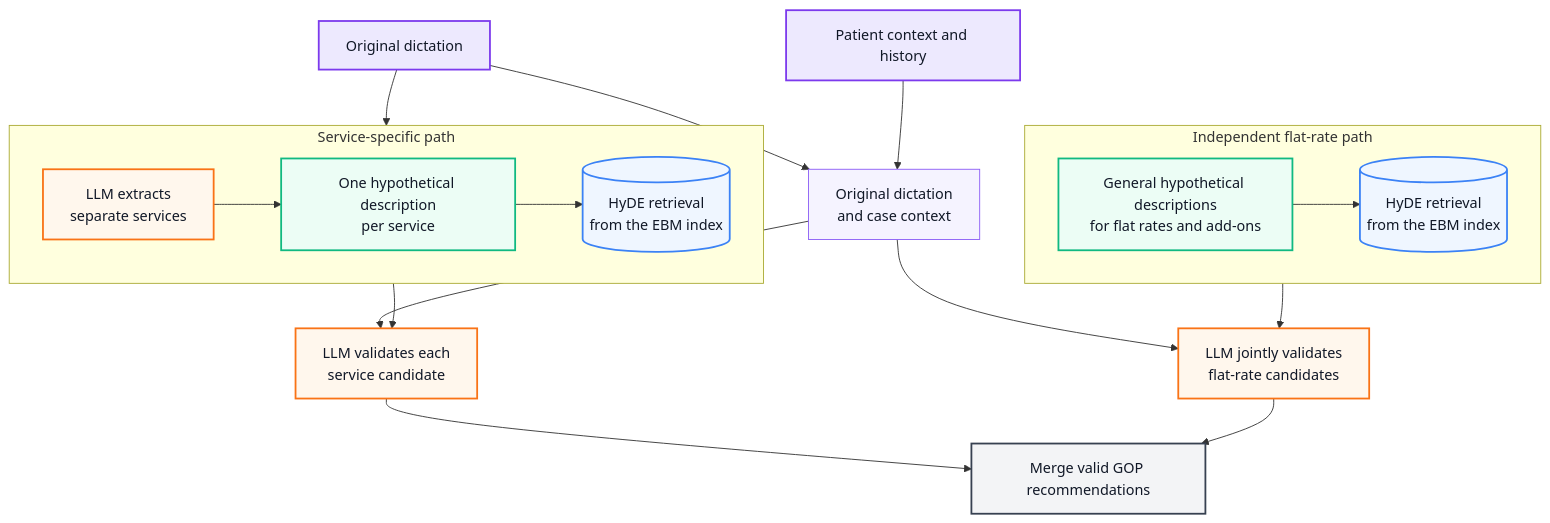
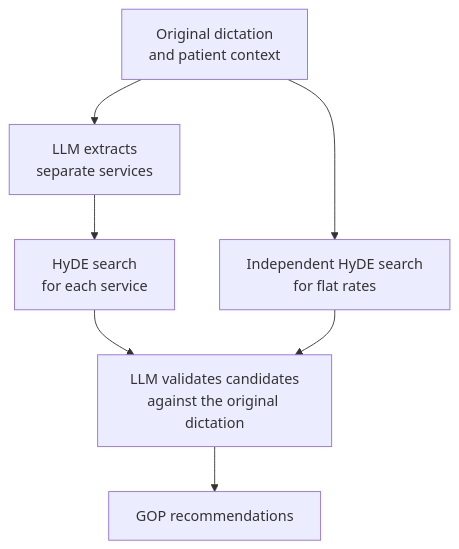
One commit to julian-br/GOPilot changed the diagram in README.md. Above: the diagram before and after it, drawn with Mermaid.

Commit message:
Simplify workflow diagram

````diff
--- a/README.md
+++ b/README.md
@@ -59,37 +59,9 @@
 ```mermaid
 flowchart TD
-    A["Original dictation"]:::source
-    H["Patient context and history"]:::source
-
-    subgraph SERVICE["Service-specific path"]
-        direction LR
-        B["LLM extracts<br/>separate services"]:::llm
-        C["One hypothetical description<br/>per service"]:::hyde
-        D[("HyDE retrieval<br/>from the EBM index")]:::retrieval
-        B --> C --> D
-    end
-
-    subgraph FLAT["Independent flat-rate path"]
-        direction LR
-        E["General hypothetical descriptions<br/>for flat rates and add-ons"]:::hyde
-        F[("HyDE retrieval<br/>from the EBM index")]:::retrieval
-        E --> F
-    end
-
-    A --> B
-    A --> V["Original dictation<br/>and case context"]:::context
-    H --> V
-    D --> G["LLM validates each<br/>service candidate"]:::llm
-    F --> I["LLM jointly validates<br/>flat-rate candidates"]:::llm
-    V --> G
-    V --> I
-    G --> J["Merge valid GOP recommendations"]:::result
-    I --> J
-
-    classDef source fill:#ede9fe,stroke:#7c3aed,color:#111827,stroke-width:2px
-    classDef context fill:#f5f3ff,stroke:#8b5cf6,color:#111827
-    classDef llm fill:#fff7ed,stroke:#f97316,color:#111827,stroke-width:2px
-    classDef hyde fill:#ecfdf5,stroke:#10b981,color:#111827,stroke-width:2px
-    classDef retrieval fill:#eff6ff,stroke:#3b82f6,color:#111827,stroke-width:2px
-    classDef result fill:#f3f4f6,stroke:#374151,color:#111827,stroke-width:2px
+    A["Original dictation<br/>and patient context"] --> B["LLM extracts<br/>separate services"]
+    B --> C["HyDE search<br/>for each service"]
+    A --> D["Independent HyDE search<br/>for flat rates"]
+    C --> E["LLM validates candidates<br/>against the original dictation"]
+    D --> E
+    E --> F["GOP recommendations"]
 ```
````
